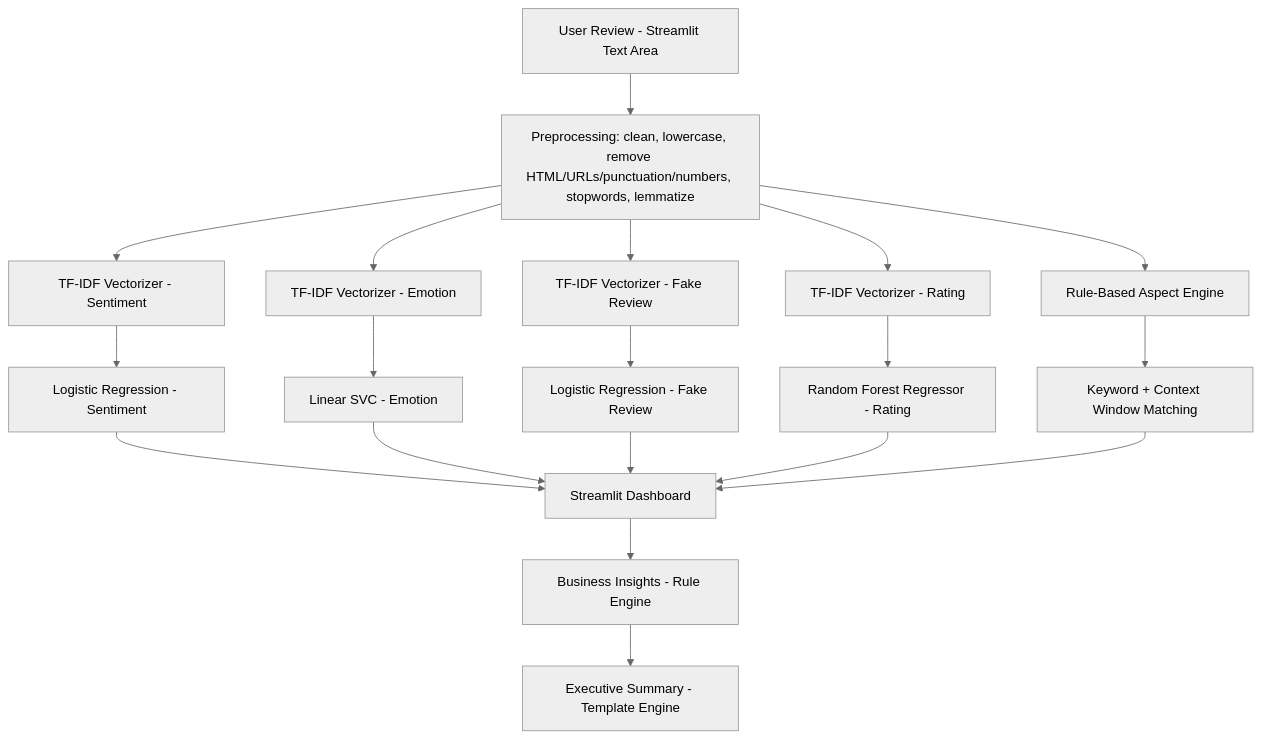
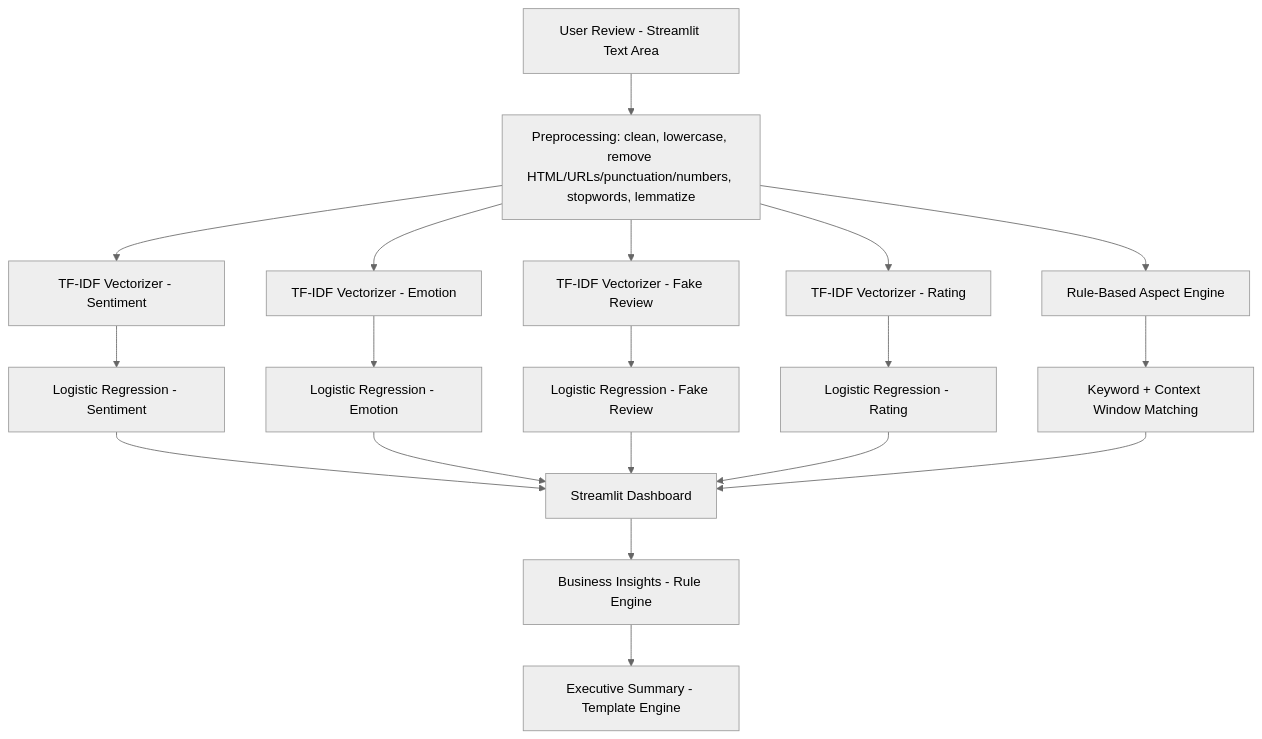
The diagram in README.md (ka0913560-hub/InsightAI), drawn with Mermaid (neutral theme) before and after one commit. The commit also changed other lines of this file and 7 other files, not shown here.

````diff
--- a/README.md
+++ b/README.md
@@ -42,21 +42,21 @@
 ```mermaid
 flowchart TD
     A[User Review - Streamlit Text Area] --> B[Preprocessing: clean, lowercase, remove HTML/URLs/punctuation/numbers, stopwords, lemmatize]
     B --> C1[TF-IDF Vectorizer - Sentiment]
     B --> C2[TF-IDF Vectorizer - Emotion]
     B --> C3[TF-IDF Vectorizer - Fake Review]
     B --> C4[TF-IDF Vectorizer - Rating]
     B --> C5[Rule-Based Aspect Engine]
     C1 --> D1[Logistic Regression - Sentiment]
-    C2 --> D2[Linear SVC - Emotion]
+    C2 --> D2[Logistic Regression - Emotion]
     C3 --> D3[Logistic Regression - Fake Review]
-    C4 --> D4[Random Forest Regressor - Rating]
+    C4 --> D4[Logistic Regression - Rating]
     C5 --> D5[Keyword + Context Window Matching]
     D1 --> E[Streamlit Dashboard]
     D2 --> E
     D3 --> E
     D4 --> E
     D5 --> E
     E --> F[Business Insights - Rule Engine]
     F --> G[Executive Summary - Template Engine]
 ```
````
